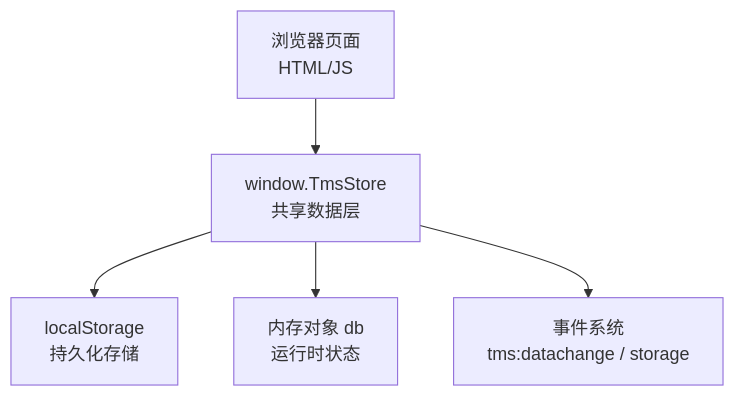
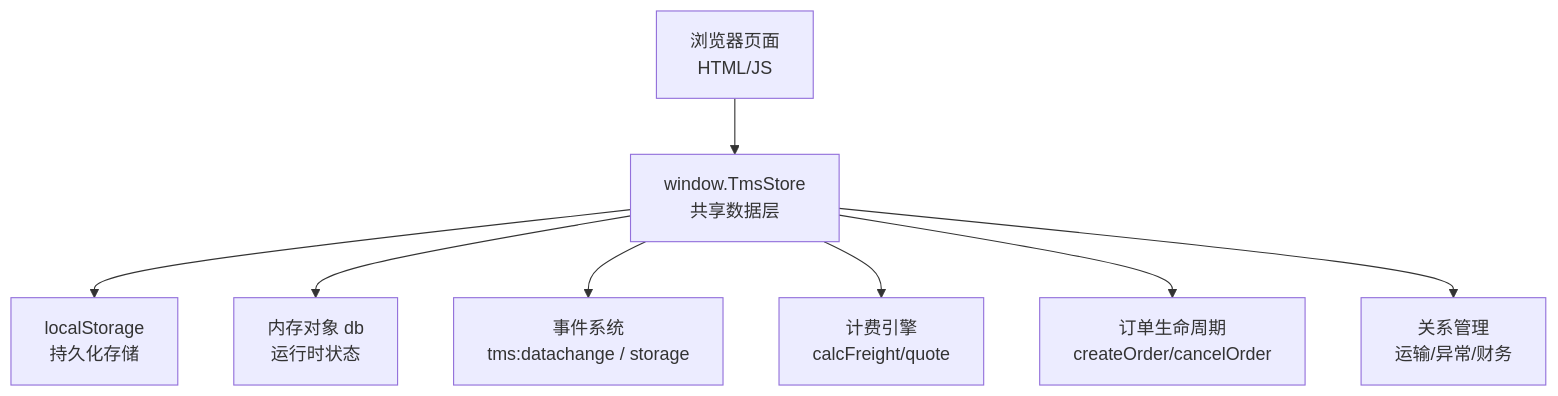
One commit to PengLine/blog-tms changed the first of 16 diagrams in .qoder/repowiki/zh/content/系统架构设计/数据层设计/数据层设计.md. Above: the diagram before and after it, drawn with Mermaid. The commit also changed other lines of this file and 101 other files, not shown here.

````diff
--- a/.qoder/repowiki/zh/content/系统架构设计/数据层设计/数据层设计.md
+++ b/.qoder/repowiki/zh/content/系统架构设计/数据层设计/数据层设计.md
@@ -27,7 +35,10 @@
 ```mermaid
 graph TB
 A["浏览器页面<br/>HTML/JS"] --> B["window.TmsStore<br/>共享数据层"]
 B --> C["localStorage<br/>持久化存储"]
 B --> D["内存对象 db<br/>运行时状态"]
 B --> E["事件系统<br/>tms:datachange / storage"]
+B --> F["计费引擎<br/>calcFreight/quote"]
+B --> G["订单生命周期<br/>createOrder/cancelOrder"]
+B --> H["关系管理<br/>运输/异常/财务"]
 ```
````
